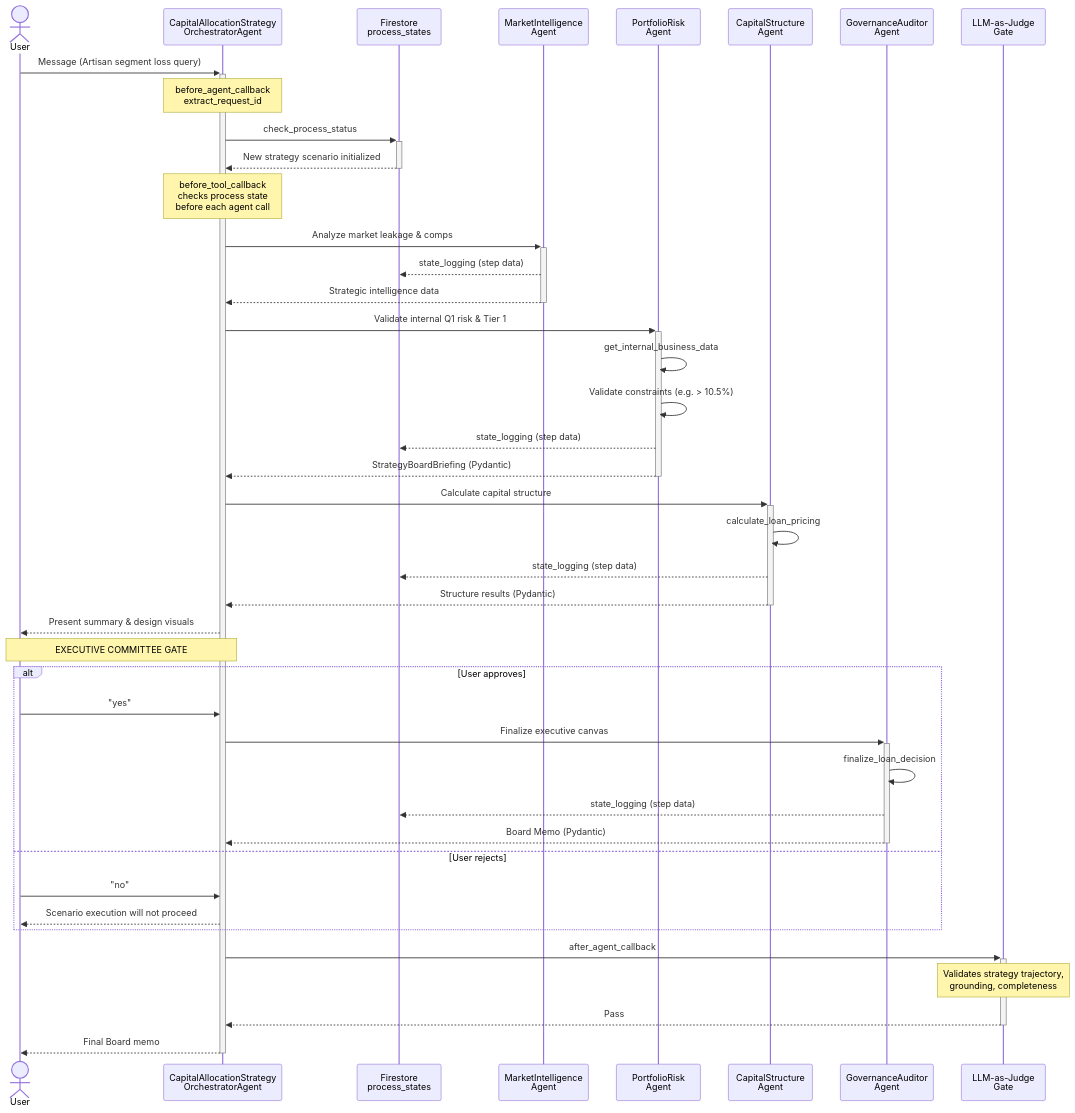
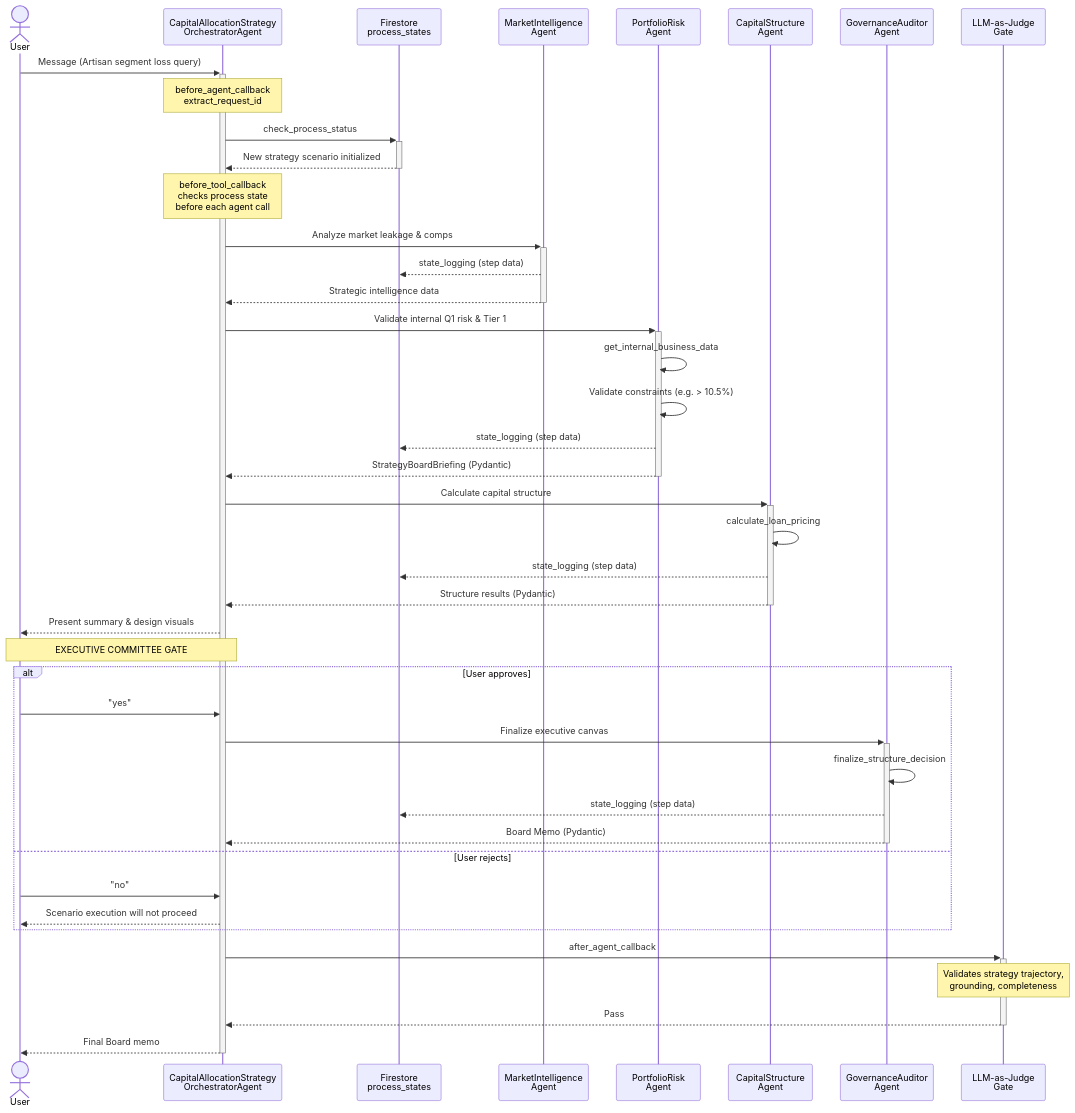
One commit to enriquekalven/capital-allocation-strategy-agent changed the second of 3 diagrams in README.md. Above: the diagram before and after it, drawn with Mermaid. The commit also changed other lines of this file and 1 other file, not shown here.

Commit message:
Cleanup legacy loan references in README

````diff
--- a/README.md
+++ b/README.md
@@ -132,53 +132,53 @@
 ```mermaid
 sequenceDiagram
     actor User
     participant Orch as CapitalAllocationStrategy<br/>OrchestratorAgent
     participant FS as Firestore<br/>process_states
     participant MI as MarketIntelligence<br/>Agent
     participant PR as PortfolioRisk<br/>Agent
     participant CS as CapitalStructure<br/>Agent
     participant GA as GovernanceAuditor<br/>Agent
     participant Judge as LLM-as-Judge<br/>Gate
 
     User->>+Orch: Message (Artisan segment loss query)
     Note over Orch: before_agent_callback<br/>extract_request_id
 
     Orch->>+FS: check_process_status
     FS-->>-Orch: New strategy scenario initialized
 
     Note over Orch: before_tool_callback<br/>checks process state<br/>before each agent call
 
     Orch->>+MI: Analyze market leakage & comps
     MI-->>FS: state_logging (step data)
     MI-->>-Orch: Strategic intelligence data
 
     Orch->>+PR: Validate internal Q1 risk & Tier 1
     PR->>PR: get_internal_business_data
     PR->>PR: Validate constraints (e.g. > 10.5%)
     PR-->>FS: state_logging (step data)
     PR-->>-Orch: StrategyBoardBriefing (Pydantic)
 
     Orch->>+CS: Calculate capital structure
     CS->>CS: calculate_loan_pricing
     CS-->>FS: state_logging (step data)
     CS-->>-Orch: Structure results (Pydantic)
 
     Orch-->>User: Present summary & design visuals
     Note over User,Orch: EXECUTIVE COMMITTEE GATE
 
     alt User approves
         User->>Orch: "yes"
         Orch->>+GA: Finalize executive canvas
-        GA->>GA: finalize_loan_decision
+        GA->>GA: finalize_structure_decision
         GA-->>FS: state_logging (step data)
         GA-->>-Orch: Board Memo (Pydantic)
     else User rejects
         User->>Orch: "no"
         Orch-->>User: Scenario execution will not proceed
     end
 
     Orch->>+Judge: after_agent_callback
     Note over Judge: Validates strategy trajectory,<br/>grounding, completeness
     Judge-->>-Orch: Pass
     Orch-->>-User: Final Board memo
 ```
````
